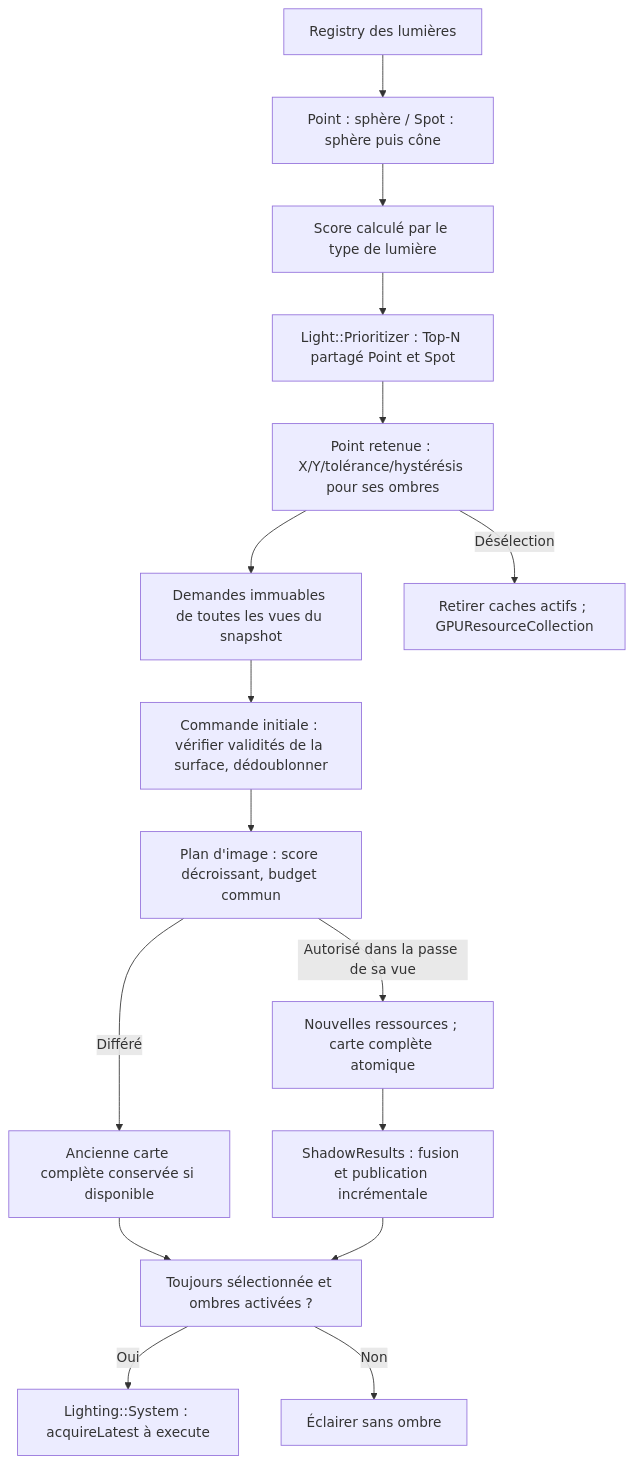
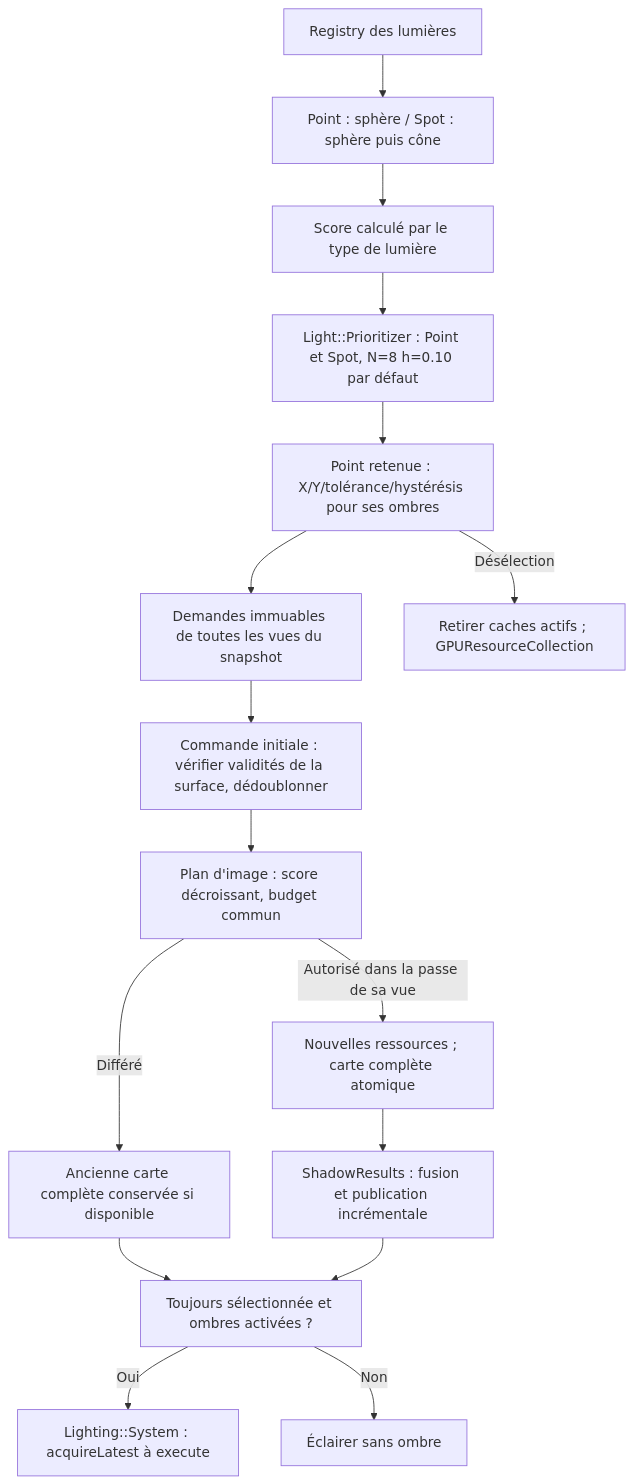
Before and after one commit to EreliaStudio/Sparkle: the ninth of 10 diagrams in docs/voxel-engine-v0.1.4/08-lumieres-et-ombres.md, drawn with Mermaid. The commit also changed other lines of this file, not shown here.

Commit message:
docs(v0.1.4): record Q-TECH-001 initial Light::Prioritizer N=8 h=0.10

````diff
--- a/docs/voxel-engine-v0.1.4/08-lumieres-et-ombres.md
+++ b/docs/voxel-engine-v0.1.4/08-lumieres-et-ombres.md
@@ -430,18 +430,18 @@
 ```mermaid
 flowchart TD
   Registry["Registry des lumières"] --> Volume["Point : sphère / Spot : sphère puis cône"]
   Volume --> Score["Score calculé par le type de lumière"]
-  Score --> Prior["Light::Prioritizer : Top-N partagé Point et Spot"]
+  Score --> Prior["Light::Prioritizer : Point et Spot, N=8 h=0.10 par défaut"]
   Prior --> Shadow["Point retenue : X/Y/tolérance/hystérésis pour ses ombres"]
   Shadow --> Requests["Demandes immuables de toutes les vues du snapshot"]
   Requests --> Prepare["Commande initiale : vérifier validités de la surface, dédoublonner"]
   Prepare --> Budget["Plan d'image : score décroissant, budget commun"]
   Budget -->|"Autorisé dans la passe de sa vue"| New["Nouvelles ressources ; carte complète atomique"]
   New --> Publish["ShadowResults : fusion et publication incrémentale"]
   Budget -->|"Différé"| Old["Ancienne carte complète conservée si disponible"]
   Old --> Gate["Toujours sélectionnée et ombres activées ?"]
   Publish --> Gate
   Gate -->|"Oui"| Read["Lighting::System : acquireLatest à execute"]
   Gate -->|"Non"| Off["Éclairer sans ombre"]
   Shadow -->|"Désélection"| Evict["Retirer caches actifs ; GPUResourceCollection"]
 ```
````
